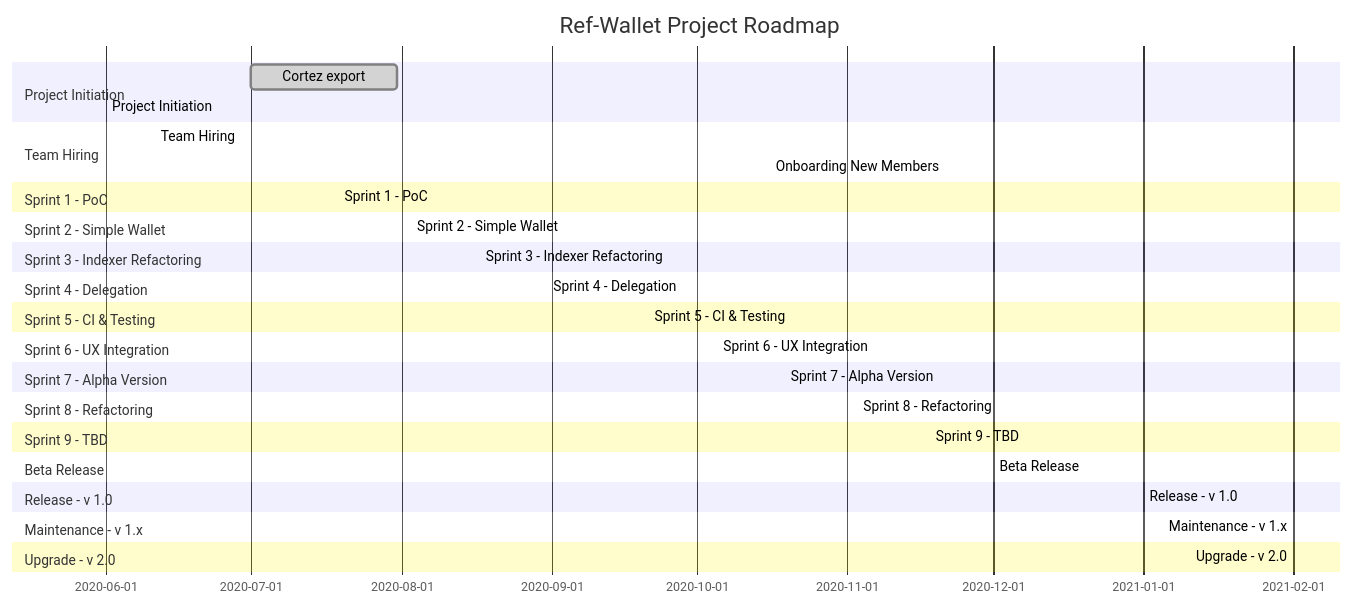
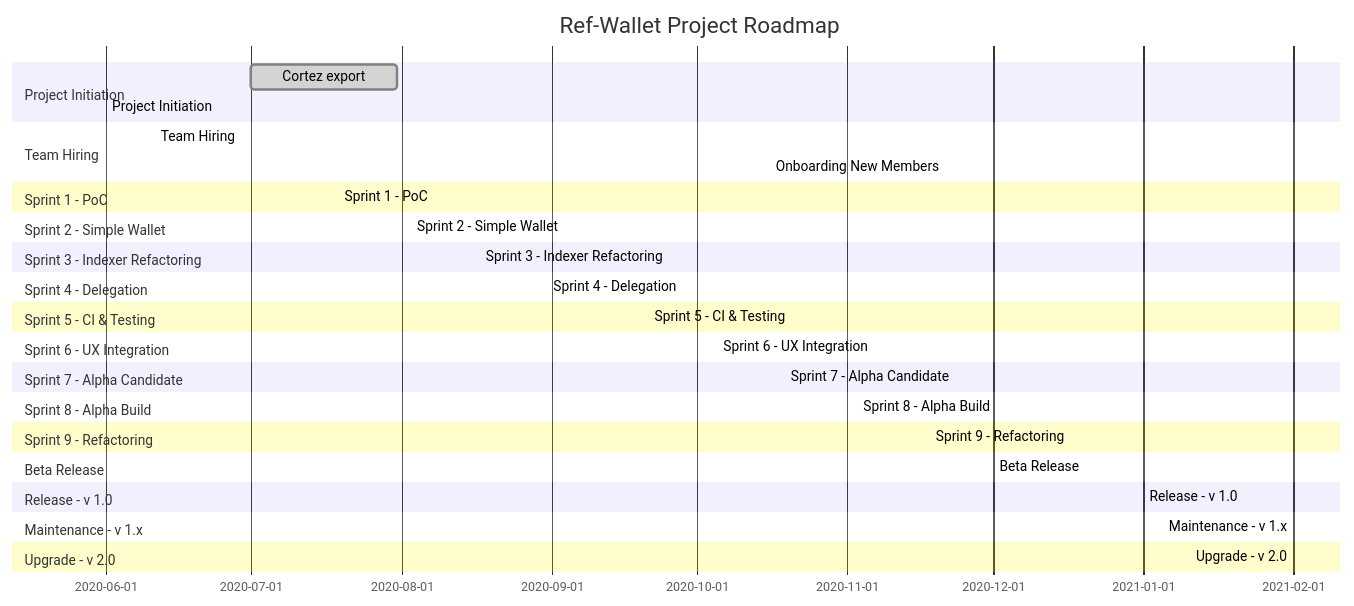
One commit to trilitech/umami-v1 changed the diagram in docs/operative/project_plan.md. Above: the diagram before and after it, drawn with Mermaid.

````diff
--- a/docs/operative/project_plan.md
+++ b/docs/operative/project_plan.md
@@ -35,36 +35,36 @@
 ```mermaid
 gantt
     title Ref-Wallet Project Roadmap
     section Project Initiation
     Cortez export                                     :done  , 2020-07-01 , 30d
     Project Initiation                                :done  , 2020-06-01, 2020-07-13
     section Team Hiring
     Team Hiring                                       :done  , 2020-06-11, 2020-09-01
     Onboarding New Members                            :done  , 2020-10-16, 2020-11-01
     section Sprint 1 - PoC
     Sprint 1 - PoC                                    :done  , 2020-07-19, 2020-07-31
     section Sprint 2 - Simple Wallet
     Sprint 2 - Simple Wallet                          :done  , 2020-08-03, 2020-08-14
     section Sprint 3 - Indexer Refactoring
     Sprint 3 - Indexer Refactoring                    :done  , 2020-08-17, 2020-08-28
     section Sprint 4 - Delegation
     Sprint 4 - Delegation                             :done  , 2020-08-31, 2020-09-18
     section Sprint 5 - CI & Testing
     Sprint 5 - CI & Testing                           :done  , 2020-09-21, 2020-10-02
     section Sprint 6 - UX Integration
     Sprint 6 - UX Integration                         :active, 2020-10-05, 2020-10-16
-    section Sprint 7 - Alpha Version
-    Sprint 7 - Alpha Version                          :active, 2020-10-19, 2020-10-30
-    section Sprint 8 - Refactoring
-    Sprint 8 - Refactoring                            :active, 2020-11-03, 2020-11-15
-    section Sprint 9 - TBD
-    Sprint 9 - TBD                                    :active, 2020-11-18, 2020-11-30
+    section Sprint 7 - Alpha Candidate
+    Sprint 7 - Alpha Candidate                        :active, 2020-10-19, 2020-10-30
+    section Sprint 8 - Alpha Build
+    Sprint 8 - Alpha Build                            :active, 2020-11-03, 2020-11-15
+    section Sprint 9 - Refactoring
+    Sprint 9 - Refactoring                            :active, 2020-11-18, 2020-11-30
     section Beta Release
     Beta Release                                      :active, 2020-12-01, 2020-12-31
     section Release - v 1.0
     Release - v 1.0                                   :active, 2021-01-01, 2021-02-01
     section Maintenance - v 1.x
     Maintenance - v 1.x                               :active, 2021-02-01, 2021-05-01
     section Upgrade - v 2.0
     Upgrade - v 2.0                                   :active, 2021-02-01, 2021-05-01
 ```
````
